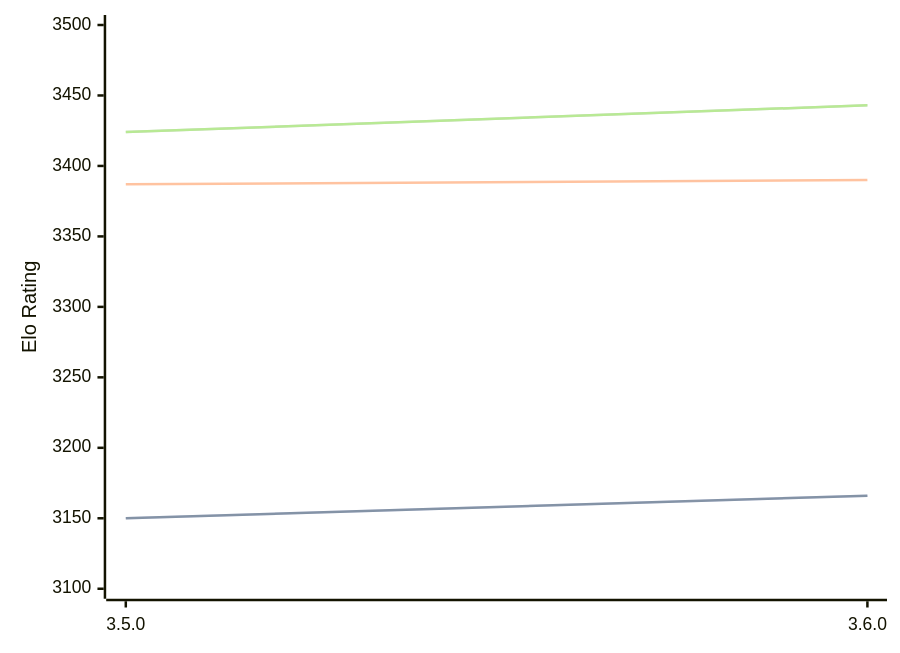
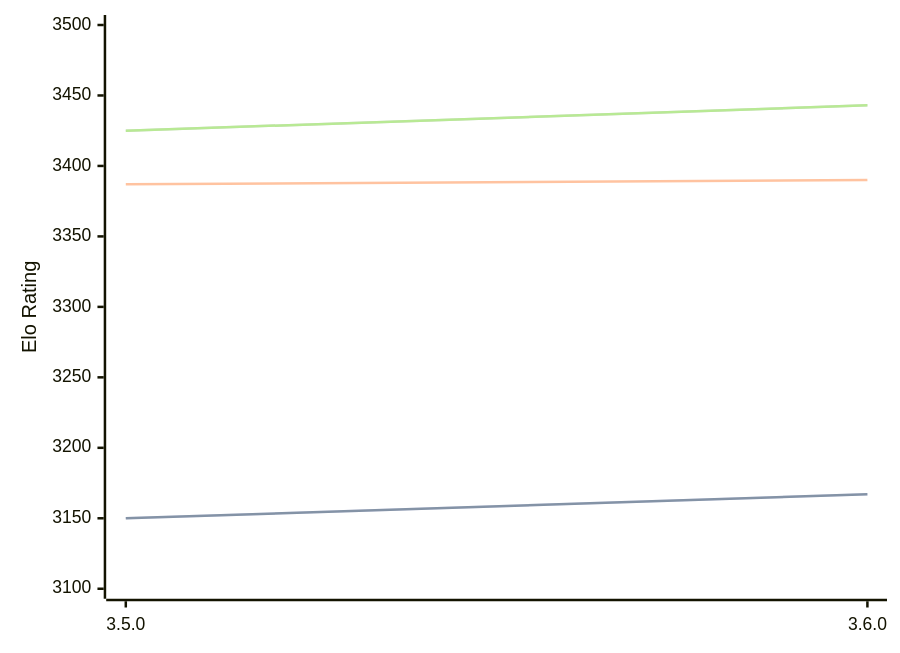
Before and after one commit to computer-chess-index/cci: the first of 3 diagrams in engines/Igel.md, drawn with Mermaid. The commit also changed other lines of this file, not shown here.

Commit message:
Update CCI Ratings (ELO VLTC) - 2026-06-22

````diff
--- a/engines/Igel.md
+++ b/engines/Igel.md
@@ -68,11 +68,11 @@
 ```mermaid
 %%{init: {"theme":"base","themeVariables":{"seriesColors:['#a3a3a3','#222221','#faa371']}}}%%
 xychart-beta
   x-axis ["3.5.0", "3.6.0"]
   y-axis "Elo Rating" 3100 --> 3500
-  line "STC (8.0+0.08s)" [3150, 3166]
-  line "STC (8.0+0.08s)" [3150, 3166]
+  line "STC (8.0+0.08s)" [3150, 3167]
+  line "STC (8.0+0.08s)" [3150, 3167]
   line "LTC (60.0+0.60s)" [3387, 3390]
-  line "VLTC (2m24s+1.12s)" [3424, 3443]
-  line "VLTC (2m24s+1.12s)" [3424, 3443]
+  line "VLTC (2m24s+1.12s)" [3425, 3443]
+  line "VLTC (2m24s+1.12s)" [3425, 3443]
 ```
````
